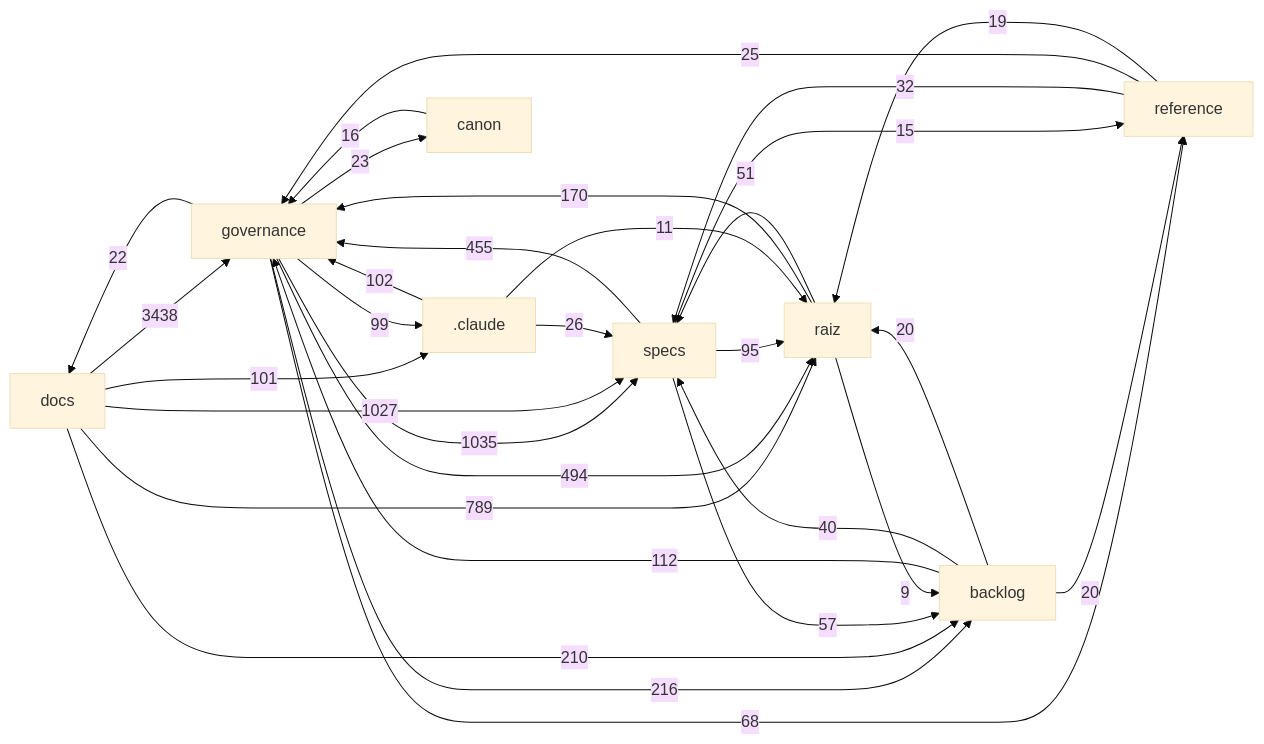
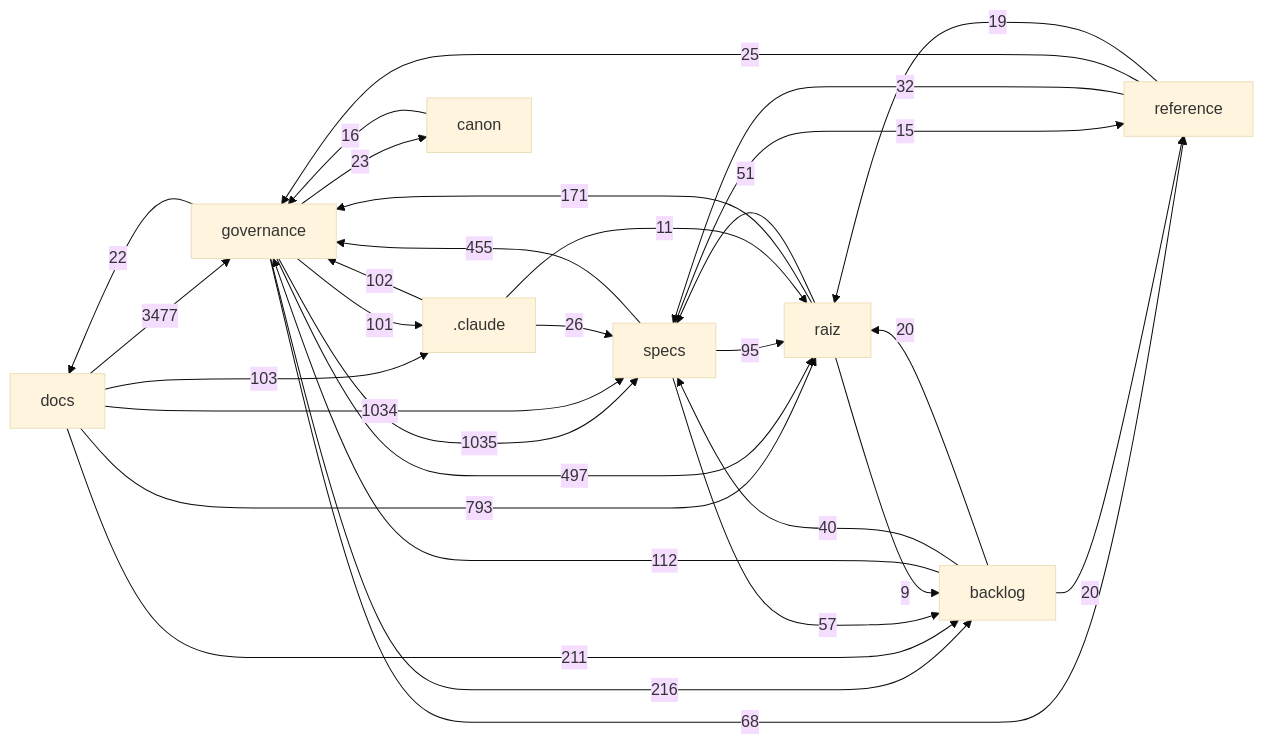
One commit to Andraus35/Sistema-Operacional-de-Trading--SOT changed the diagram in docs/mapa/MAPA-PROJETO.md. Above: the diagram before and after it, drawn with Mermaid (base theme). The commit also changed other lines of this file and 10 other files, not shown here.

````diff
--- a/docs/mapa/MAPA-PROJETO.md
+++ b/docs/mapa/MAPA-PROJETO.md
@@ -29,33 +29,33 @@
 ```mermaid
 flowchart LR
-  docs["docs"] -->|3438| governance["governance"]
+  docs["docs"] -->|3477| governance["governance"]
   governance["governance"] -->|1035| specs["specs"]
-  docs["docs"] -->|1027| specs["specs"]
-  docs["docs"] -->|789| raiz["raiz"]
-  governance["governance"] -->|494| raiz["raiz"]
+  docs["docs"] -->|1034| specs["specs"]
+  docs["docs"] -->|793| raiz["raiz"]
+  governance["governance"] -->|497| raiz["raiz"]
   specs["specs"] -->|455| governance["governance"]
   governance["governance"] -->|216| backlog["backlog"]
-  docs["docs"] -->|210| backlog["backlog"]
-  raiz["raiz"] -->|170| governance["governance"]
+  docs["docs"] -->|211| backlog["backlog"]
+  raiz["raiz"] -->|171| governance["governance"]
   backlog["backlog"] -->|112| governance["governance"]
+  docs["docs"] -->|103| _claude[".claude"]
   _claude[".claude"] -->|102| governance["governance"]
-  docs["docs"] -->|101| _claude[".claude"]
-  governance["governance"] -->|99| _claude[".claude"]
+  governance["governance"] -->|101| _claude[".claude"]
   specs["specs"] -->|95| raiz["raiz"]
   governance["governance"] -->|68| reference["reference"]
   specs["specs"] -->|57| backlog["backlog"]
   raiz["raiz"] -->|51| specs["specs"]
   backlog["backlog"] -->|40| specs["specs"]
   reference["reference"] -->|32| specs["specs"]
   _claude[".claude"] -->|26| specs["specs"]
   reference["reference"] -->|25| governance["governance"]
   governance["governance"] -->|23| canon["canon"]
   governance["governance"] -->|22| docs["docs"]
   backlog["backlog"] -->|20| raiz["raiz"]
   backlog["backlog"] -->|20| reference["reference"]
   reference["reference"] -->|19| raiz["raiz"]
   canon["canon"] -->|16| governance["governance"]
   specs["specs"] -->|15| reference["reference"]
   _claude[".claude"] -->|11| raiz["raiz"]
   raiz["raiz"] -->|9| backlog["backlog"]
 ```
````
